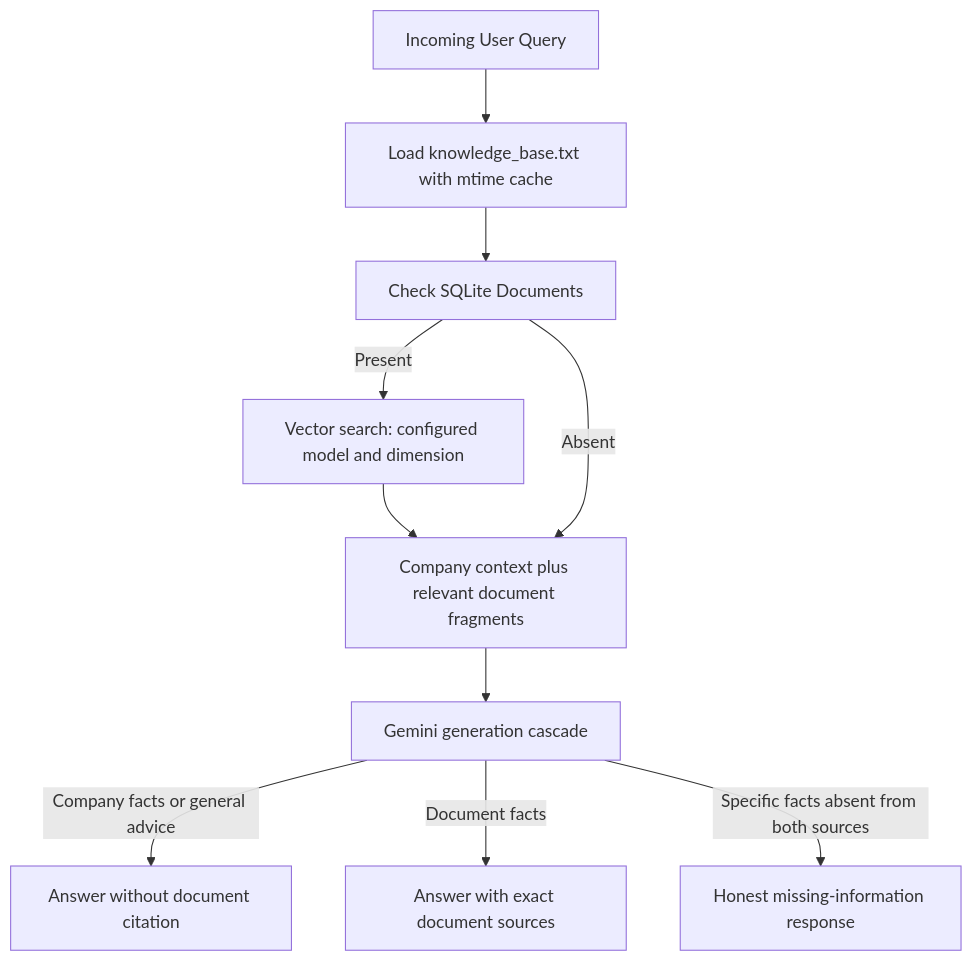
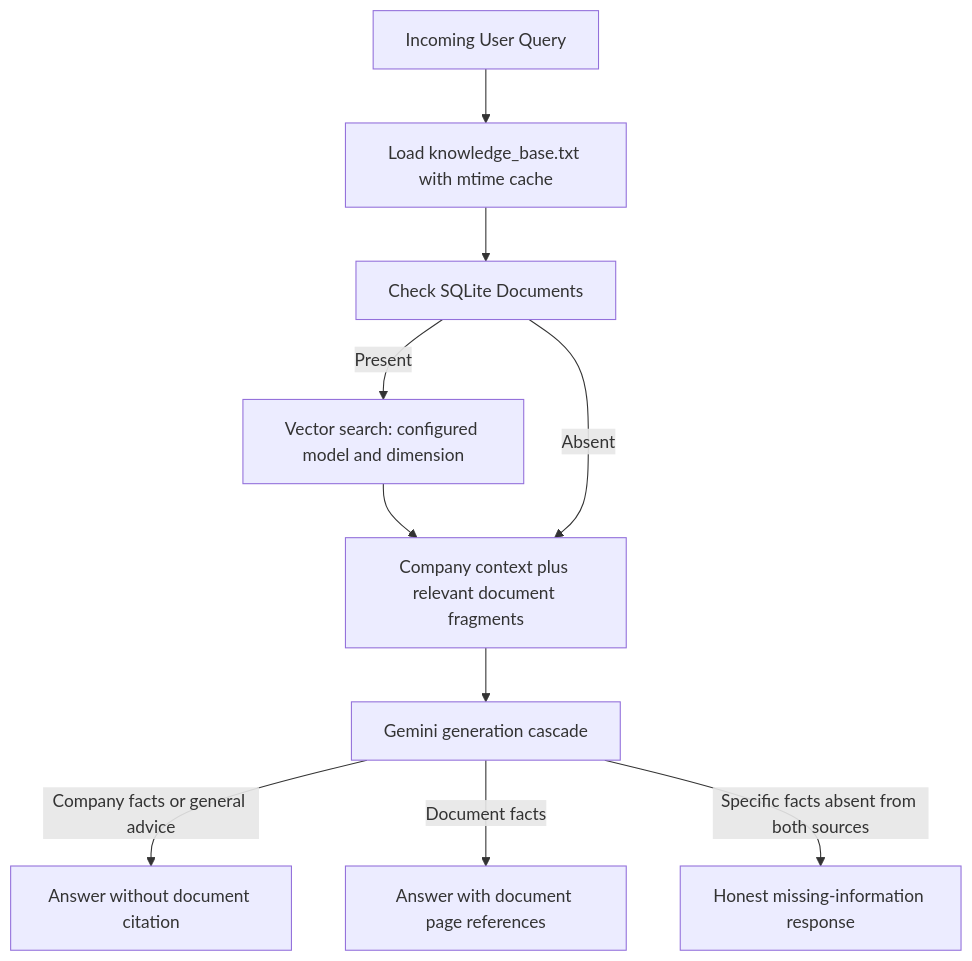
Before and after one commit to Artem-462/ai_lead_bot: the second of 2 diagrams in README.md, drawn with Mermaid. The commit also changed other lines of this file and 16 other files, not shown here.

````diff
--- a/README.md
+++ b/README.md
@@ -116,12 +114,12 @@
 ```mermaid
 flowchart TD
     Query["Incoming User Query"] --> CompanyContext["Load knowledge_base.txt with mtime cache"]
     CompanyContext --> CheckDocs["Check SQLite Documents"]
     CheckDocs -->|"Present"| Search["Vector search: configured model and dimension"]
     Search --> Prompt["Company context plus relevant document fragments"]
     CheckDocs -->|"Absent"| Prompt
     Prompt --> Model["Gemini generation cascade"]
     Model -->|"Company facts or general advice"| General["Answer without document citation"]
-    Model -->|"Document facts"| Cited["Answer with exact document sources"]
+    Model -->|"Document facts"| Cited["Answer with document page references"]
     Model -->|"Specific facts absent from both sources"| Refusal["Honest missing-information response"]
 ```
````
